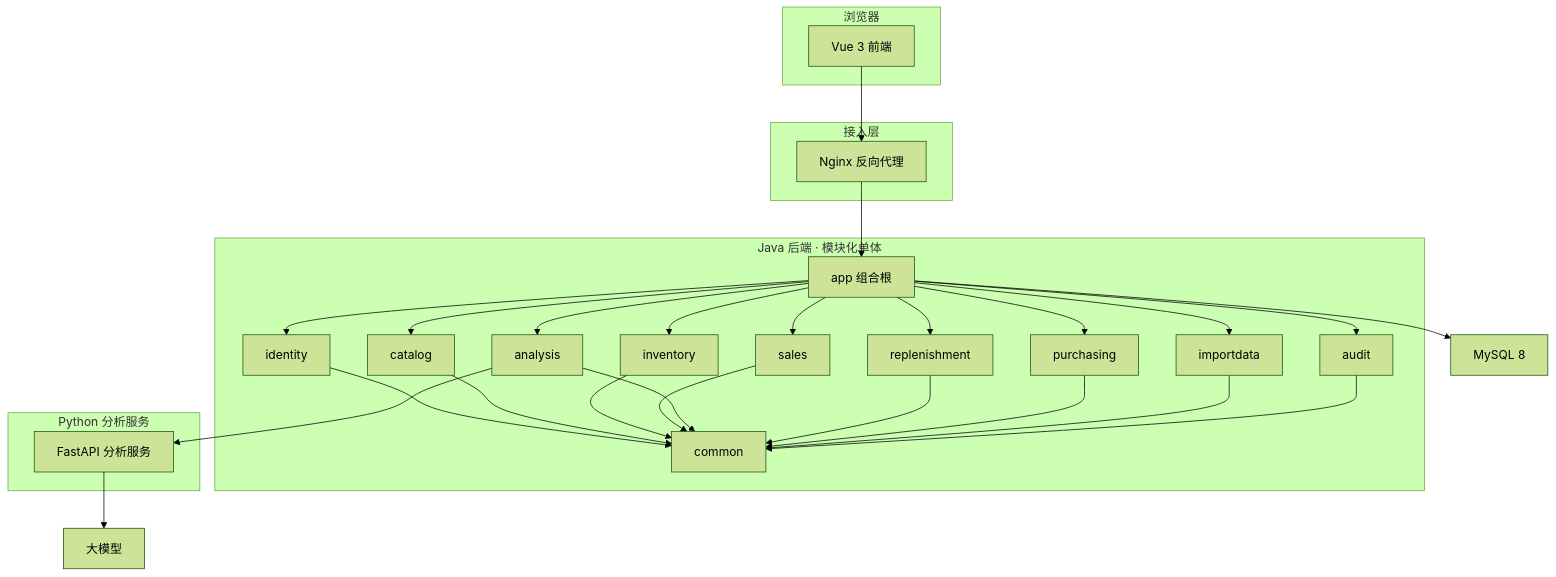
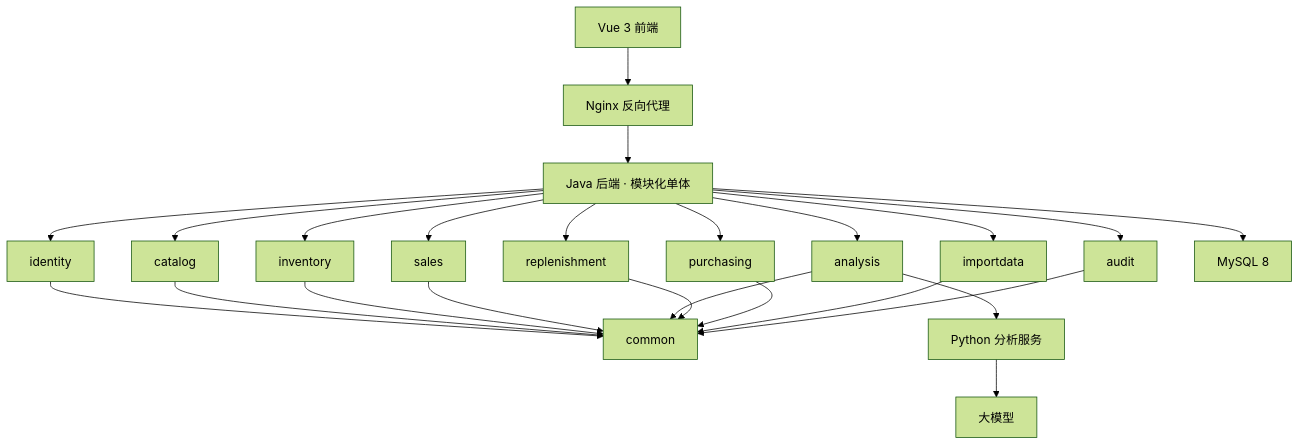
Before and after one commit to xy98773-jpg/shoppilot-ai: the diagram in README.md, drawn with Mermaid (forest theme).

Commit message:
docs: 架构图改为无分组的纯节点拓扑，规避 GitHub 渲染限制

````diff
--- a/README.md
+++ b/README.md
@@ -39,55 +39,43 @@
 ```mermaid
 flowchart TB
-    subgraph Z_BROWSER[浏览器]
-        FE[Vue 3 前端]
-    end
-
-    subgraph Z_EDGE[接入层]
-        NG[Nginx 反向代理]
-    end
-
-    subgraph Z_JAVA[Java 后端 · 模块化单体]
-        APP[app 组合根]
-        IDN[identity]
-        CAT[catalog]
-        INV[inventory]
-        SAL[sales]
-        ANA[analysis]
-        RPL[replenishment]
-        PUR[purchasing]
-        IMP[importdata]
-        AUD[audit]
-        CMN[common]
-    end
-
-    subgraph Z_PY[Python 分析服务]
-        SA[FastAPI 分析服务]
-    end
-
+    FE[Vue 3 前端]
+    NG[Nginx 反向代理]
+    APP[Java 后端 · 模块化单体]
+    IDN[identity]
+    CAT[catalog]
+    INV[inventory]
+    SAL[sales]
+    ANA[analysis]
+    RPL[replenishment]
+    PUR[purchasing]
+    IMP[importdata]
+    AUD[audit]
+    CMN[common]
     DB[MySQL 8]
+    SA[Python 分析服务]
     LLM[大模型]
 
     FE --> NG
     NG --> APP
     APP --> IDN
     APP --> CAT
     APP --> INV
     APP --> SAL
     APP --> ANA
     APP --> RPL
     APP --> PUR
     APP --> IMP
     APP --> AUD
     IDN --> CMN
     CAT --> CMN
     INV --> CMN
     SAL --> CMN
     ANA --> CMN
     RPL --> CMN
     PUR --> CMN
     IMP --> CMN
     AUD --> CMN
     APP --> DB
     ANA --> SA
     SA --> LLM
 ```
````
